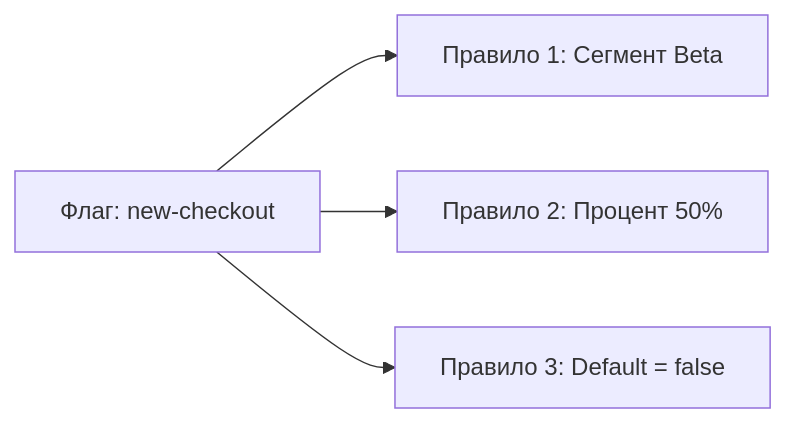
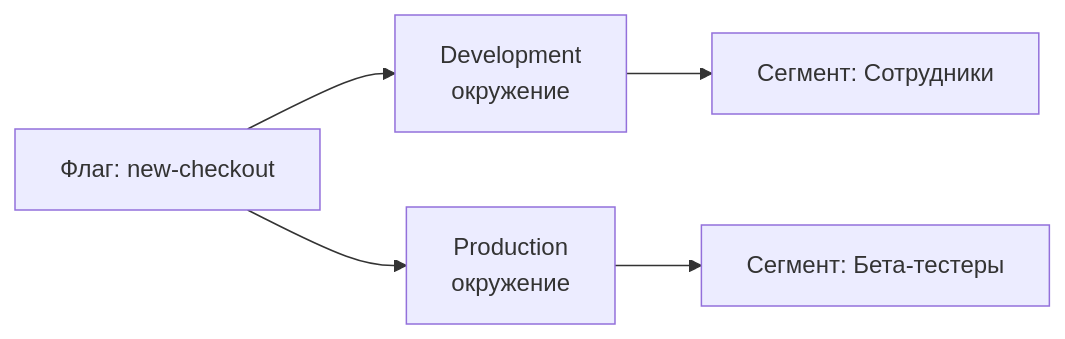
One commit to edgar-dev20/mozhno changed the diagram in docs/concepts/segments.md. Above: the diagram before and after it, drawn with Mermaid. The commit also changed other lines of this file and 59 other files, not shown here.

Commit message:
docs: refactor concepts section — rename strategies→activation rules, add contexts page, fix segment diagrams, brand teal+copper styling, remove TypeScript from non-SDK pages

````diff
--- a/docs/concepts/segments.md
+++ b/docs/concepts/segments.md
@@ -110,6 +42,8 @@
 ```mermaid
 graph LR
-    A[Флаг: new-checkout] --> B[Правило 1: Сегмент Beta]
-    A --> C[Правило 2: Процент 50%]
-    A --> D[Правило 3: Default = false]
+    F[Флаг: new-checkout]
+    F --> DEV[Development<br/>окружение]
+    F --> PROD[Production<br/>окружение]
+    DEV --> S1["Сегмент: Сотрудники"]
+    PROD --> S2["Сегмент: Бета-тестеры"]
 ```
````
